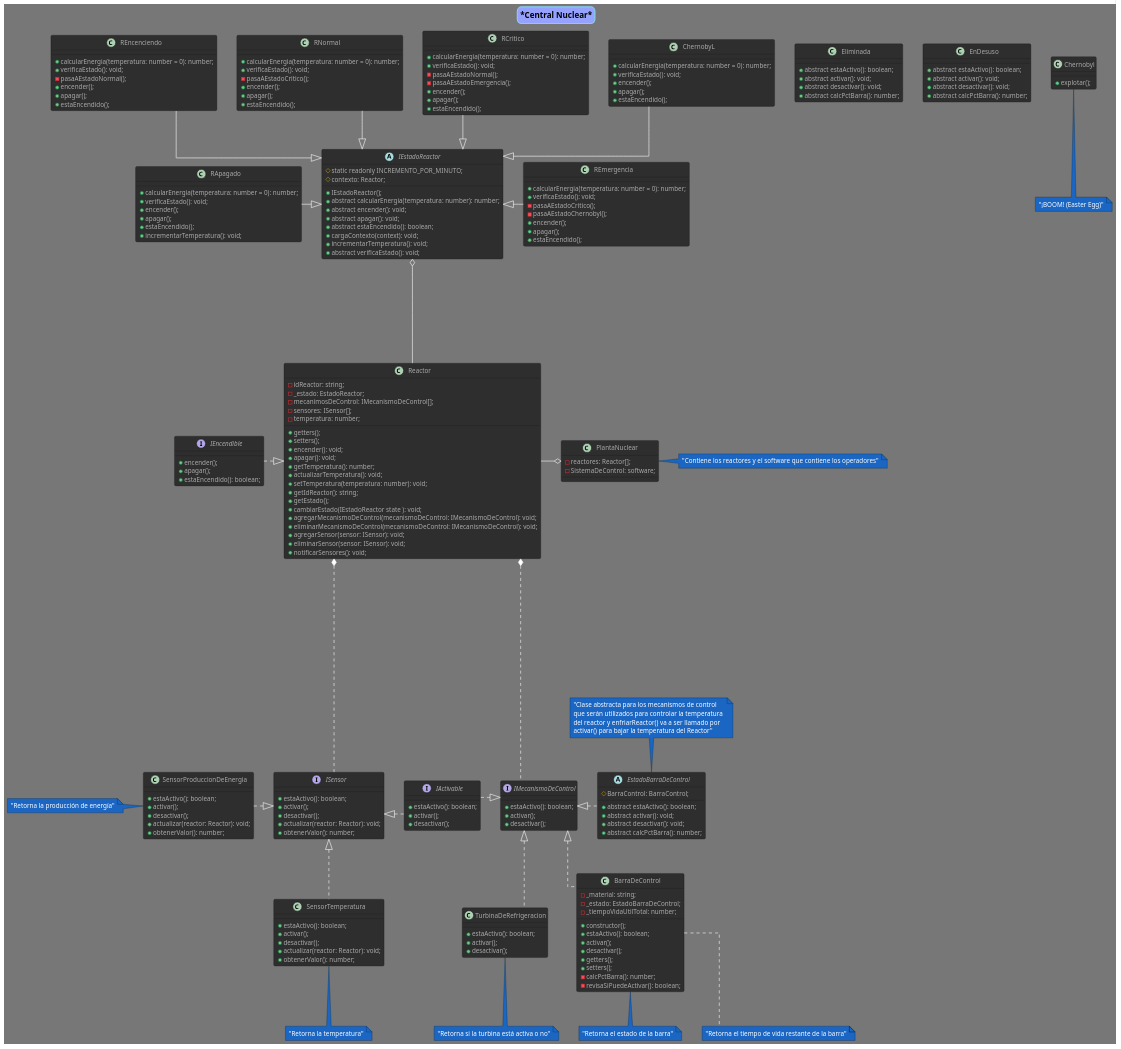
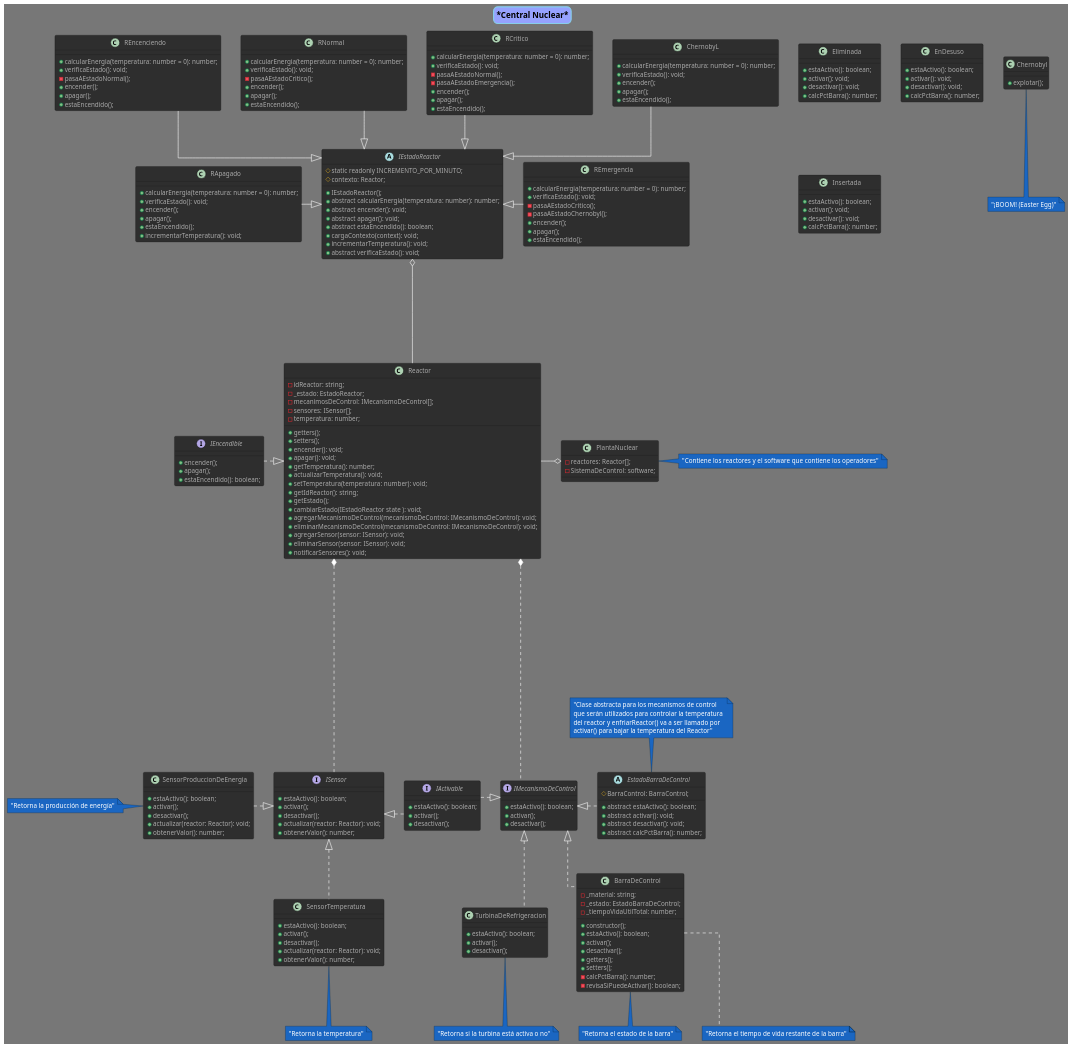
The diagram in diagrams/clases_central_nuclear.puml (fmiguezo/reactor_nuclear), drawn with PlantUML before and after one commit.

Commit message:
Agregada Insertada, extiende de Estados

```diff
--- a/diagrams/clases_central_nuclear.puml
+++ b/diagrams/clases_central_nuclear.puml
@@ -191,17 +191,24 @@
 }
 
 class Eliminada {
-    +abstract estaActivo(): boolean;
-    +abstract activar(): void;
-    +abstract desactivar(): void;
-    +abstract calcPctBarra(): number;
+    +estaActivo(): boolean;
+    +activar(): void;
+    +desactivar(): void;
+    +calcPctBarra(): number;
 }
 
 class EnDesuso {
-    +abstract estaActivo(): boolean;
-    +abstract activar(): void;
-    +abstract desactivar(): void;
-    +abstract calcPctBarra(): number;
+    +estaActivo(): boolean;
+    +activar(): void;
+    +desactivar(): void;
+    +calcPctBarra(): number;
+}
+
+class Insertada {
+    +estaActivo(): boolean;
+    +activar(): void;
+    +desactivar(): void;
+    +calcPctBarra(): number;
 }
 
 '' Turbina de refrigeración
```
